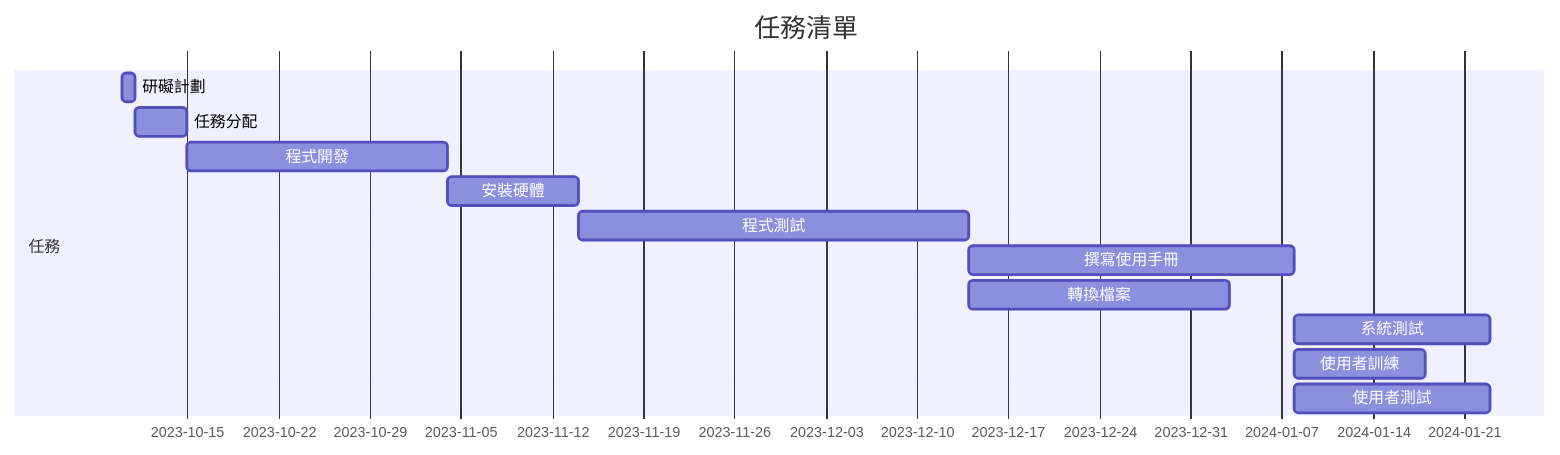
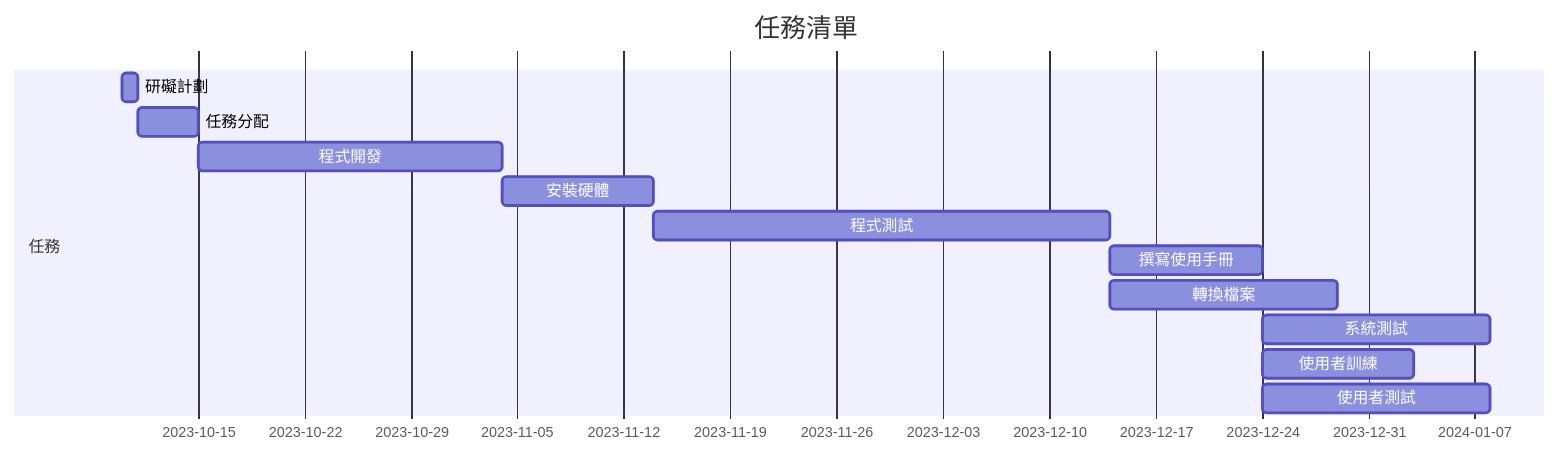
The diagram in README.md (LinBroChen/C110118157-), drawn with Mermaid before and after one commit.

````diff
--- a/README.md
+++ b/README.md
@@ -42,15 +42,15 @@
 ```mermaid
 gantt
     title 任務清單
     section 任務
     研礙計劃           :a1, 2023-10-10, 1d
     任務分配           :a2, after a1  , 4d
     程式開發           :a3, after a2  , 20d
     安裝硬體           :a4, after a3  , 10d
     程式測試           :a5, after a4  , 30d
-    撰寫使用手冊        :a6, after a5  , 25d
-    轉換檔案           :a7, after a5  , 20d
+    撰寫使用手冊        :a6, after a5  , 10d
+    轉換檔案           :a7, after a5  , 15d
     系統測試           :a8, after a6  , 15d
     使用者訓練         :a9, after a6  , 10d
     使用者測試         :a10, after a6  , 15d
 ``` 
````
